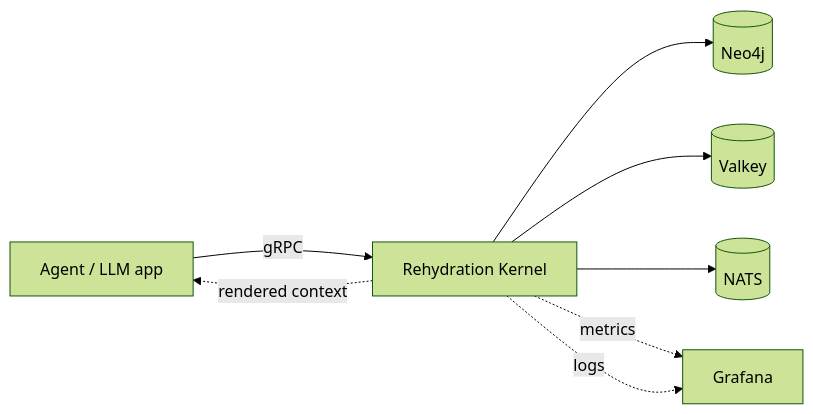
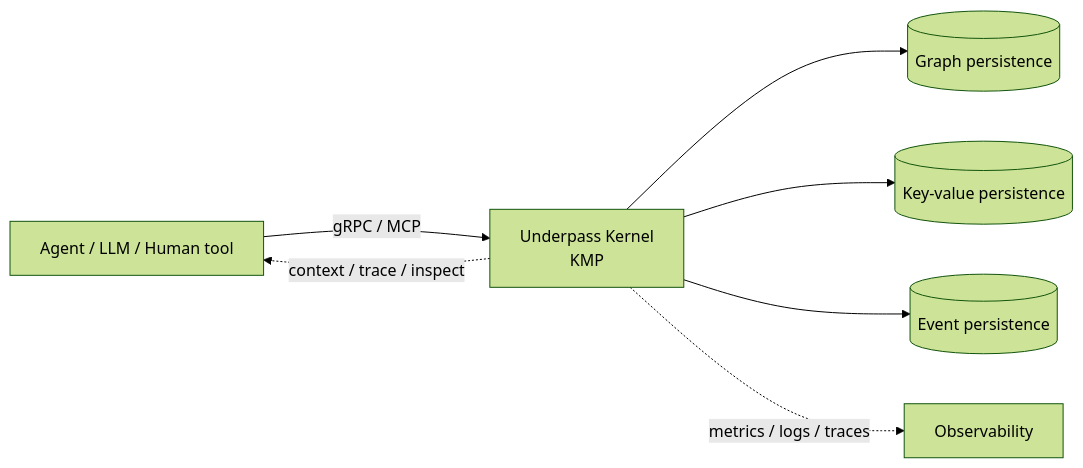
The first of 2 diagrams in README.md (underpass-ai/rehydration-kernel), drawn with Mermaid (forest theme) before and after one commit. The commit also changed other lines of this file and 13 other files, not shown here.

````diff
--- a/README.md
+++ b/README.md
@@ -48,12 +56,11 @@
 ```mermaid
 graph LR
-    A[Agent / LLM app] -- gRPC --> K[Rehydration Kernel]
-    K -. rendered context .-> A
+    A[Agent / LLM / Human tool] -- gRPC / MCP --> K[Underpass Kernel<br/>KMP]
+    K -. context / trace / inspect .-> A
 
-    K --> N4[(Neo4j)]
-    K --> VK[(Valkey)]
-    K --> NT[(NATS)]
+    K --> GP[(Graph persistence)]
+    K --> KV[(Key-value persistence)]
+    K --> ES[(Event persistence)]
 
-    K -. metrics .-> G[Grafana]
-    K -. logs .-> G
+    K -. metrics / logs / traces .-> O[Observability]
 ```
````
